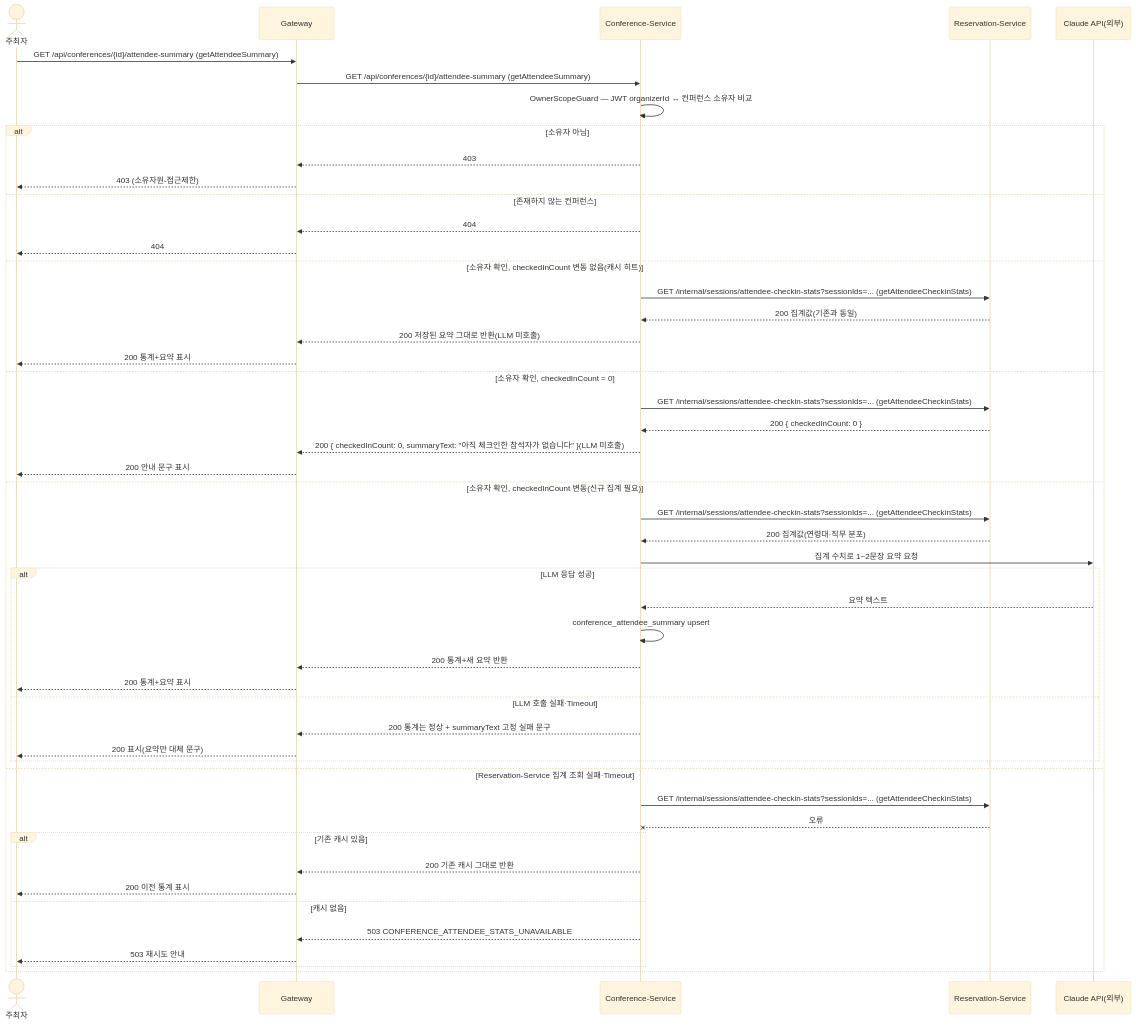
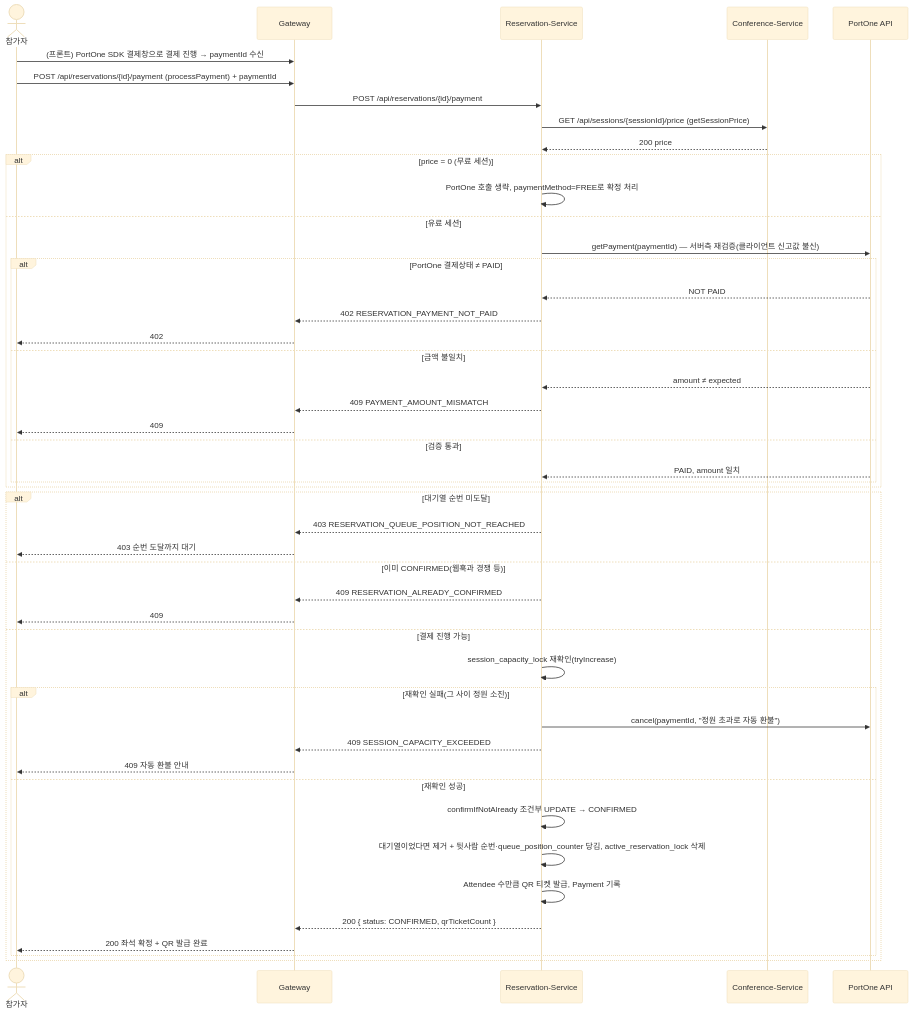
Diagram 19 of 30 in docs/시퀀스.md (likelion-backend-24th/Final-Project-Team3), drawn with Mermaid (base theme) before and after one commit. The commit also changed other lines of this file and 4 other files, not shown here.

````diff
--- a/docs/시퀀스.md
+++ b/docs/시퀀스.md
@@ -376,51 +561,49 @@
 ```mermaid
 sequenceDiagram
-    actor O as 주최자
+    actor P as 참가자
     participant G as Gateway
+    participant RS as Reservation-Service
     participant CS as Conference-Service
-    participant RS as Reservation-Service
-    participant AI as Claude API(외부)
-    O->>G: GET /api/conferences/{id}/attendee-summary (getAttendeeSummary)
-    G->>CS: GET /api/conferences/{id}/attendee-summary (getAttendeeSummary)
-    CS->>CS: OwnerScopeGuard — JWT organizerId ↔ 컨퍼런스 소유자 비교
-    alt 소유자 아님
-        CS-->>G: 403
-        G-->>O: 403 (소유자원-접근제한)
-    else 존재하지 않는 컨퍼런스
-        CS-->>G: 404
-        G-->>O: 404
-    else 소유자 확인, checkedInCount 변동 없음(캐시 히트)
-        CS->>RS: GET /internal/sessions/attendee-checkin-stats?sessionIds=... (getAttendeeCheckinStats)
-        RS-->>CS: 200 집계값(기존과 동일)
-        CS-->>G: 200 저장된 요약 그대로 반환(LLM 미호출)
-        G-->>O: 200 통계+요약 표시
-    else 소유자 확인, checkedInCount = 0
-        CS->>RS: GET /internal/sessions/attendee-checkin-stats?sessionIds=... (getAttendeeCheckinStats)
-        RS-->>CS: 200 { checkedInCount: 0 }
-        CS-->>G: 200 { checkedInCount: 0, summaryText: "아직 체크인한 참석자가 없습니다" }(LLM 미호출)
-        G-->>O: 200 안내 문구 표시
-    else 소유자 확인, checkedInCount 변동(신규 집계 필요)
-        CS->>RS: GET /internal/sessions/attendee-checkin-stats?sessionIds=... (getAttendeeCheckinStats)
-        RS-->>CS: 200 집계값(연령대·직무 분포)
-        CS->>AI: 집계 수치로 1~2문장 요약 요청
-        alt LLM 응답 성공
-            AI-->>CS: 요약 텍스트
-            CS->>CS: conference_attendee_summary upsert
-            CS-->>G: 200 통계+새 요약 반환
-            G-->>O: 200 통계+요약 표시
-        else LLM 호출 실패·Timeout
-            CS-->>G: 200 통계는 정상 + summaryText 고정 실패 문구
-            G-->>O: 200 표시(요약만 대체 문구)
+    participant PO as PortOne API
+    P->>G: (프론트) PortOne SDK 결제창으로 결제 진행 → paymentId 수신
+    P->>G: POST /api/reservations/{id}/payment (processPayment) + paymentId
+    G->>RS: POST /api/reservations/{id}/payment
+    RS->>CS: GET /api/sessions/{sessionId}/price (getSessionPrice)
+    CS-->>RS: 200 price
+    alt price = 0 (무료 세션)
+        RS->>RS: PortOne 호출 생략, paymentMethod=FREE로 확정 처리
+    else 유료 세션
+        RS->>PO: getPayment(paymentId) — 서버측 재검증(클라이언트 신고값 불신)
+        alt PortOne 결제상태 ≠ PAID
+            PO-->>RS: NOT PAID
+            RS-->>G: 402 RESERVATION_PAYMENT_NOT_PAID
+            G-->>P: 402
+        else 금액 불일치
+            PO-->>RS: amount ≠ expected
+            RS-->>G: 409 PAYMENT_AMOUNT_MISMATCH
+            G-->>P: 409
+        else 검증 통과
+            PO-->>RS: PAID, amount 일치
         end
-    else Reservation-Service 집계 조회 실패·Timeout
-        CS->>RS: GET /internal/sessions/attendee-checkin-stats?sessionIds=... (getAttendeeCheckinStats)
-        RS--xCS: 오류
-        alt 기존 캐시 있음
-            CS-->>G: 200 기존 캐시 그대로 반환
-            G-->>O: 200 이전 통계 표시
-        else 캐시 없음
-            CS-->>G: 503 CONFERENCE_ATTENDEE_STATS_UNAVAILABLE
-            G-->>O: 503 재시도 안내
+    end
+    alt 대기열 순번 미도달
+        RS-->>G: 403 RESERVATION_QUEUE_POSITION_NOT_REACHED
+        G-->>P: 403 순번 도달까지 대기
+    else 이미 CONFIRMED(웹훅과 경쟁 등)
+        RS-->>G: 409 RESERVATION_ALREADY_CONFIRMED
+        G-->>P: 409
+    else 결제 진행 가능
+        RS->>RS: session_capacity_lock 재확인(tryIncrease)
+        alt 재확인 실패(그 사이 정원 소진)
+            RS->>PO: cancel(paymentId, "정원 초과로 자동 환불")
+            RS-->>G: 409 SESSION_CAPACITY_EXCEEDED
+            G-->>P: 409 자동 환불 안내
+        else 재확인 성공
+            RS->>RS: confirmIfNotAlready 조건부 UPDATE → CONFIRMED
+            RS->>RS: 대기열이었다면 제거 + 뒷사람 순번·queue_position_counter 당김, active_reservation_lock 삭제
+            RS->>RS: Attendee 수만큼 QR 티켓 발급, Payment 기록
+            RS-->>G: 200 { status: CONFIRMED, qrTicketCount }
+            G-->>P: 200 좌석 확정 + QR 발급 완료
         end
     end
 ```
````
